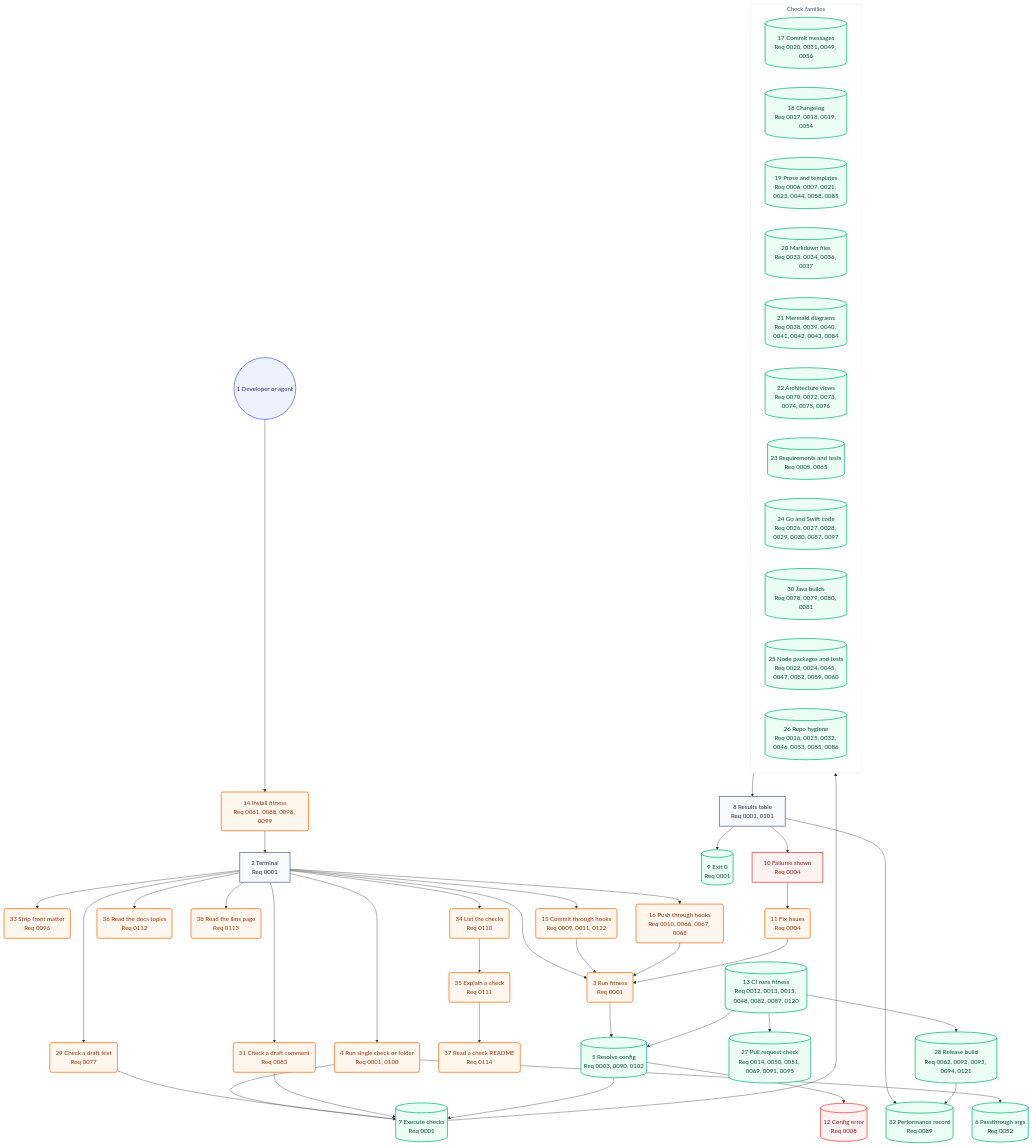
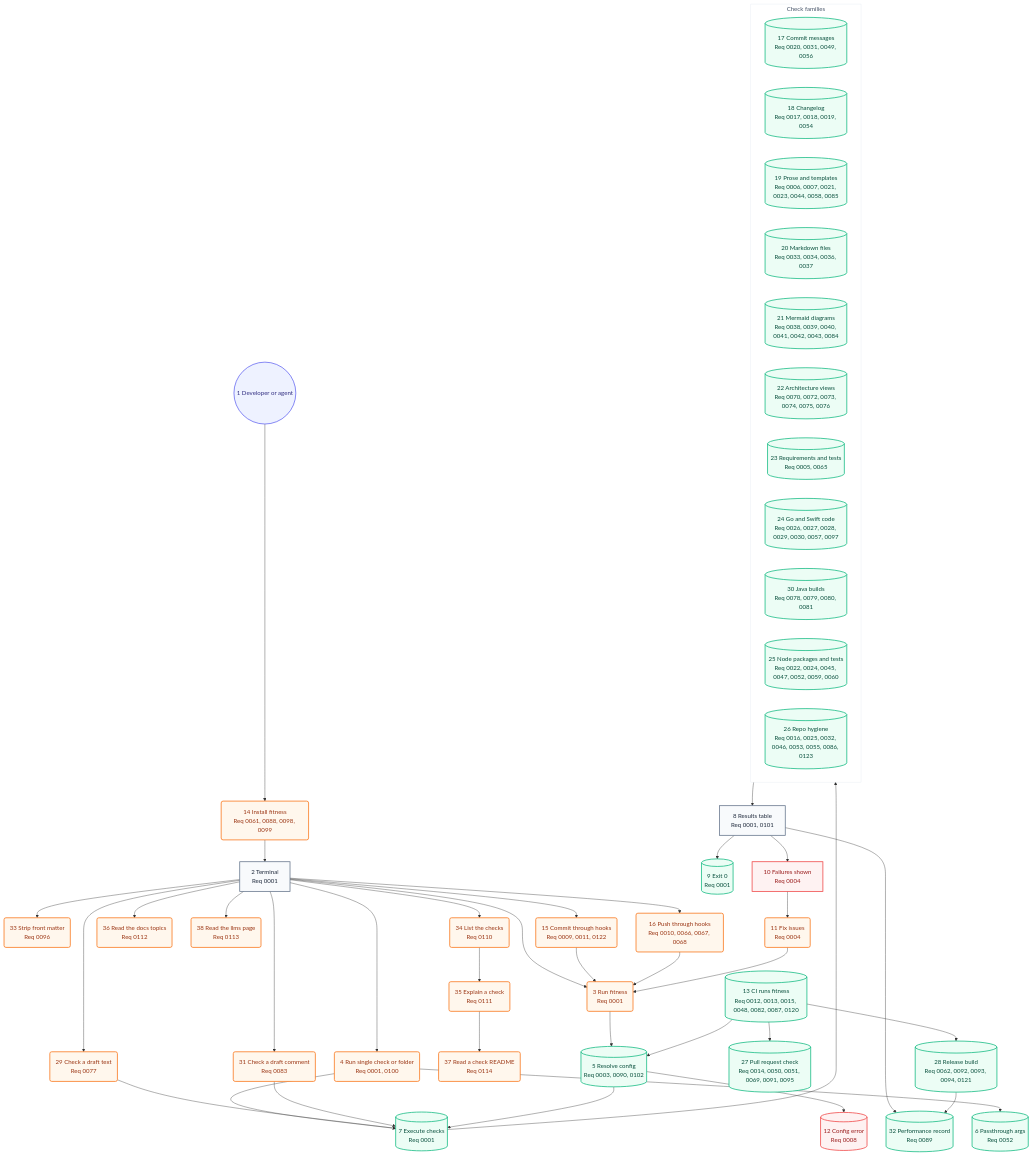
One commit to may-journal/fitness-runner changed the second of 2 diagrams in docs/architecture/05-user-journey.md. Above: the diagram before and after it, drawn with Mermaid. The commit also changed 13 other files, not shown here.

```diff
--- a/docs/architecture/05-user-journey.md
+++ b/docs/architecture/05-user-journey.md
@@ -69,7 +69,7 @@
         goSwiftChecks[(24 Go and Swift code<br/>Req 0026, 0027, 0028, 0029, 0030, 0057, 0097)]:::system
         javaChecks[(30 Java builds<br/>Req 0078, 0079, 0080, 0081)]:::system
         nodeChecks[(25 Node packages and tests<br/>Req 0022, 0024, 0045, 0047, 0052, 0059, 0060)]:::system
-        repoChecks[(26 Repo hygiene<br/>Req 0016, 0025, 0032, 0046, 0053, 0055, 0086)]:::system
+        repoChecks[(26 Repo hygiene<br/>Req 0016, 0025, 0032, 0046, 0053, 0055, 0086, 0123)]:::system
     end
 
     resultsTable[8 Results table<br/>Req 0001, 0101]:::screen
```
